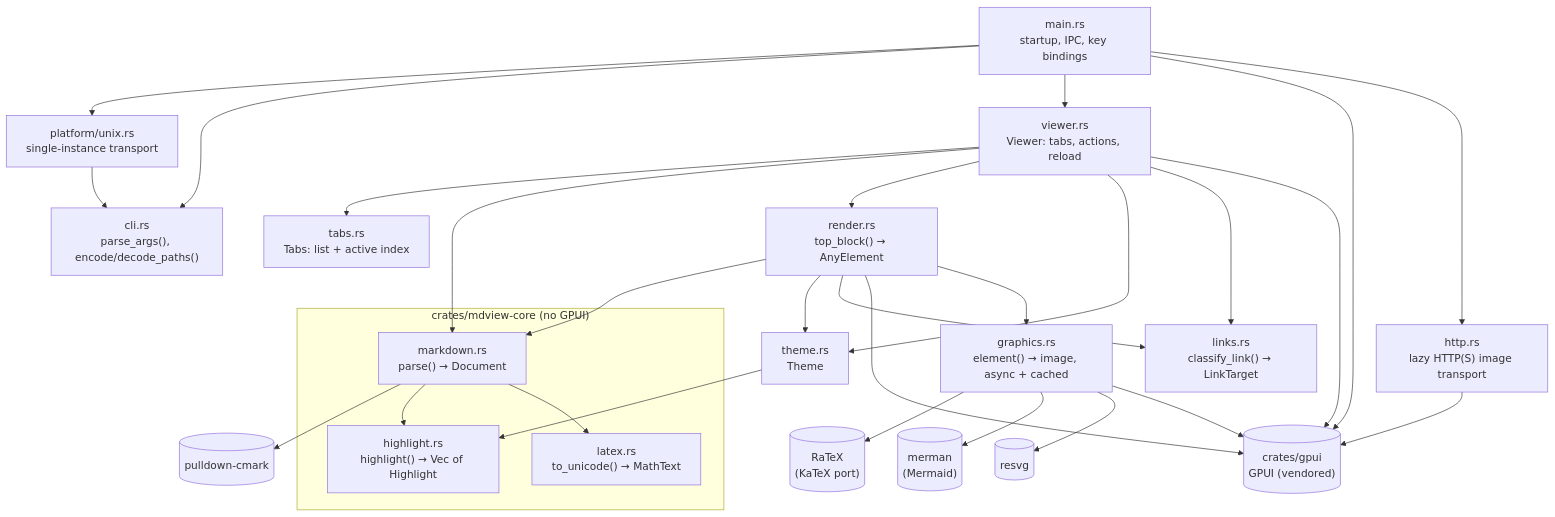
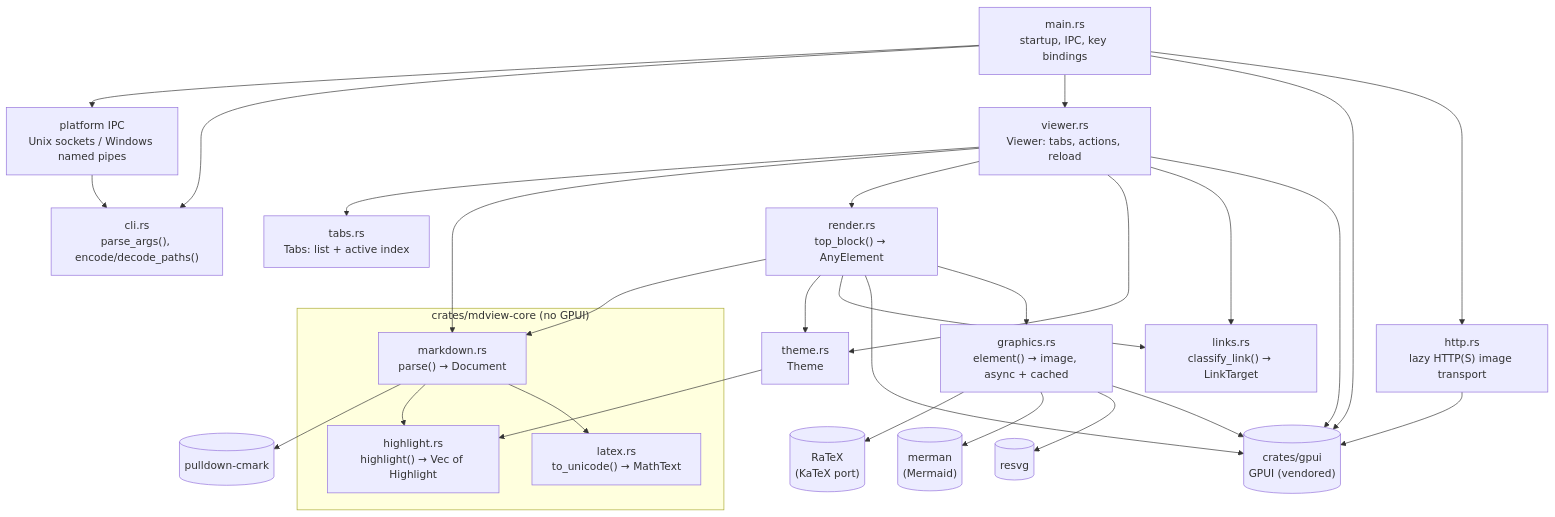
Before and after one commit to JorgeAgar/markdown-viewer-zed: the first of 5 diagrams in docs/architecture.md, drawn with Mermaid. The commit also changed other lines of this file and 21 other files, not shown here.

First line of the commit message:
Add native Windows IPC and installer releases

````diff
--- a/docs/architecture.md
+++ b/docs/architecture.md
@@ -31,50 +31,50 @@
 ```mermaid
 flowchart TD
     main["main.rs<br/>startup, IPC, key bindings"]
     cli["cli.rs<br/>parse_args(), encode/decode_paths()"]
     viewer["viewer.rs<br/>Viewer: tabs, actions, reload"]
     tabs["tabs.rs<br/>Tabs: list + active index"]
     subgraph core["crates/mdview-core (no GPUI)"]
         markdown["markdown.rs<br/>parse() → Document"]
         highlight["highlight.rs<br/>highlight() → Vec of Highlight"]
         latex["latex.rs<br/>to_unicode() → MathText"]
     end
     graphics["graphics.rs<br/>element() → image, async + cached"]
     ratex[("RaTeX<br/>(KaTeX port)")]
     merman[("merman<br/>(Mermaid)")]
     resvg[("resvg")]
     render["render.rs<br/>top_block() → AnyElement"]
     links["links.rs<br/>classify_link() → LinkTarget"]
     theme["theme.rs<br/>Theme"]
     gpui[("crates/gpui<br/>GPUI (vendored)")]
     cmark[("pulldown-cmark")]
 
-    ipc["platform/unix.rs<br/>single-instance transport"]
+    ipc["platform IPC<br/>Unix sockets / Windows named pipes"]
     main --> ipc
     ipc --> cli
     main --> cli
     main --> viewer
     viewer --> tabs
     main --> gpui
     viewer --> markdown
     viewer --> render
     viewer --> theme
     render --> markdown
     render --> theme
     render --> links
     viewer --> links
     http["http.rs<br/>lazy HTTP(S) image transport"]
     main --> http
     http --> gpui
     render --> gpui
     viewer --> gpui
     markdown --> cmark
     markdown --> highlight
     markdown --> latex
     theme --> highlight
     render --> graphics
     graphics --> ratex
     graphics --> merman
     graphics --> resvg
     graphics --> gpui
 ```
````
